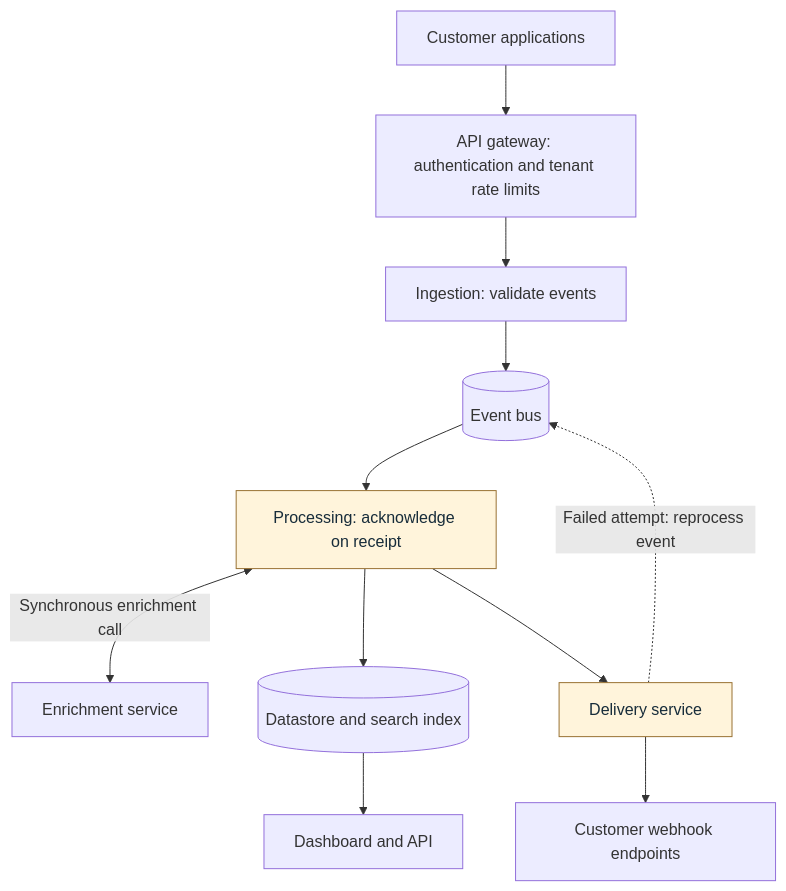
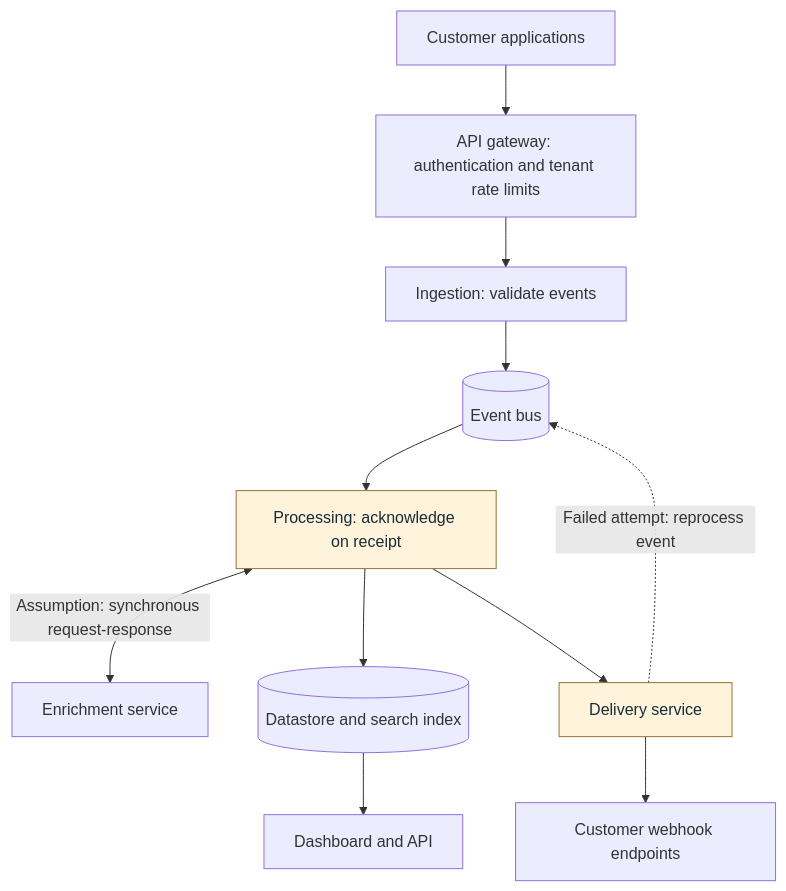
The diagram in diagrams/current-architecture.mmd (danielcg-net/sre-leadership-case-study), drawn with Mermaid before and after one commit. The commit also changed 4 other files, not shown here.

```diff
--- a/diagrams/current-architecture.mmd
+++ b/diagrams/current-architecture.mmd
@@ -1,15 +1,15 @@
 flowchart TB
     accTitle: Current webhook delivery architecture
-    accDescr: Ingestion buffers events on an event bus. Processing acknowledges on receipt, calls enrichment, stores results, and hands them to delivery. Failed delivery returns to the event bus and repeats processing. Dashboards read the stored results.
+    accDescr: Ingestion buffers events on an event bus. Processing acknowledges on receipt, uses a synchronous request-response enrichment call as an assumption, stores results, and hands them to delivery. Failed delivery returns to the event bus and repeats processing. Dashboards read the stored results.
     apps[Customer applications] --> gateway[API gateway: authentication and tenant rate limits]
     gateway --> ingestion[Ingestion: validate events]
     ingestion --> bus[(Event bus)]
     bus --> processing[Processing: acknowledge on receipt]
-    processing <-->|Synchronous enrichment call| enrichment[Enrichment service]
+    processing <-->|Assumption: synchronous request-response| enrichment[Enrichment service]
     processing --> data[(Datastore and search index)]
     processing --> delivery[Delivery service]
     data --> dashboard[Dashboard and API]
     delivery --> endpoints[Customer webhook endpoints]
     delivery -.->|Failed attempt: reprocess event| bus
     classDef risk fill:#fff4db,stroke:#997233,color:#172c3a
     class processing,delivery risk
```
